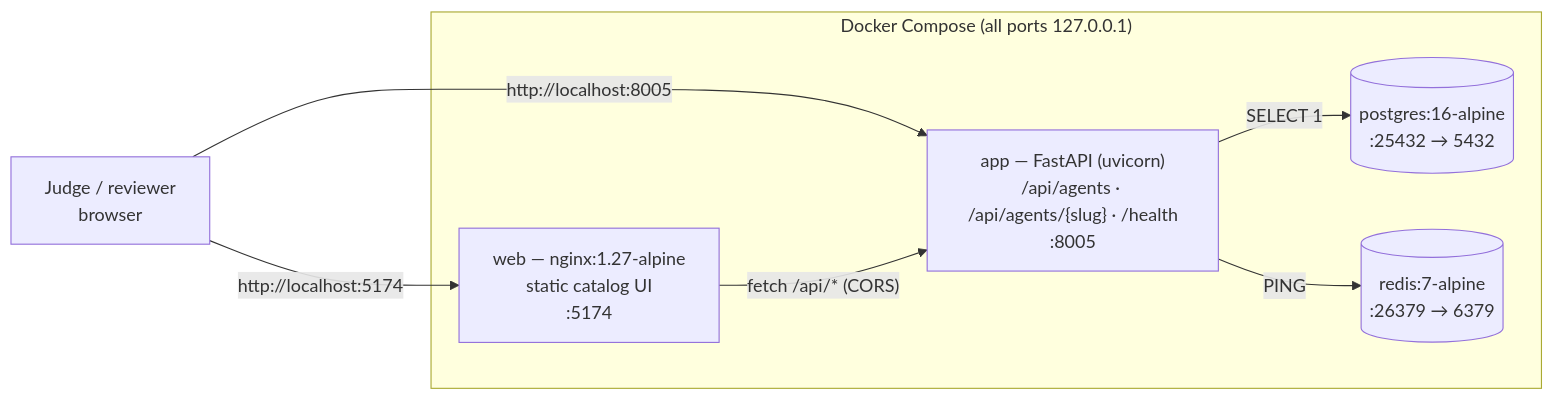
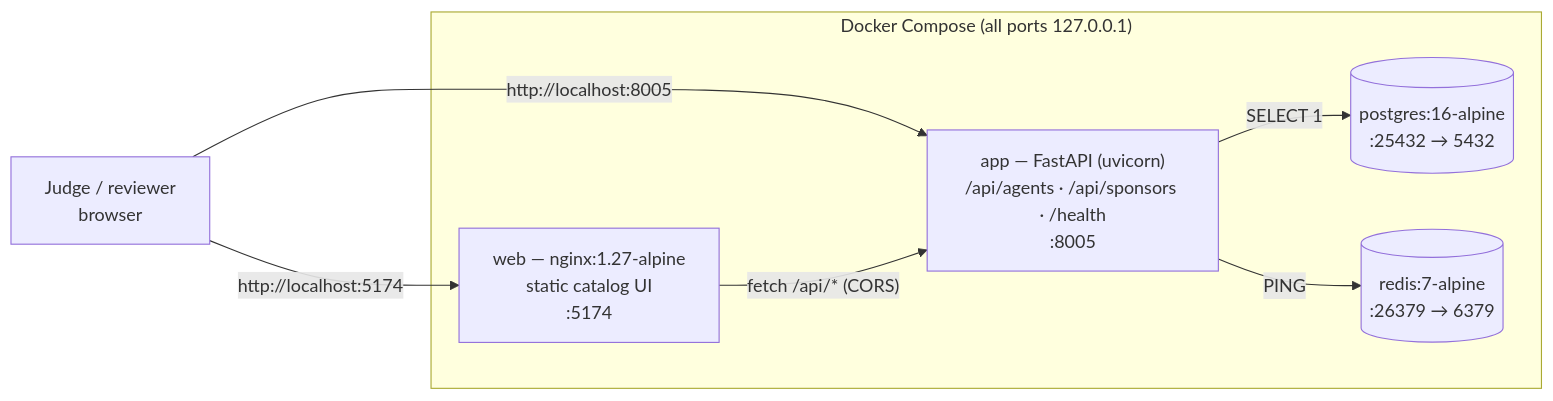
Before and after one commit to iamade/ppaa-devnetwork-public-api: the diagram in docs/ARCHITECTURE.md, drawn with Mermaid. The commit also changed other lines of this file and 5299 other files, not shown here.

First line of the commit message:
PP-80: multi-sponsor integration adapters (sponsors API + UI strip + badges)

````diff
--- a/docs/ARCHITECTURE.md
+++ b/docs/ARCHITECTURE.md
@@ -8,14 +8,14 @@
 ```mermaid
 flowchart LR
     subgraph Host["Docker Compose (all ports 127.0.0.1)"]
         web["web — nginx:1.27-alpine\nstatic catalog UI\n:5174"]
-        app["app — FastAPI (uvicorn)\n/api/agents · /api/agents/{slug} · /health\n:8005"]
+        app["app — FastAPI (uvicorn)\n/api/agents · /api/sponsors · /health\n:8005"]
         pg[("postgres:16-alpine\n:25432 → 5432")]
         rd[("redis:7-alpine\n:26379 → 6379")]
     end
     judge["Judge / reviewer\nbrowser"] -->|"http://localhost:5174"| web
     judge -->|"http://localhost:8005"| app
     web -->|"fetch /api/* (CORS)"| app
     app -->|"SELECT 1"| pg
     app -->|"PING"| rd
 ```
````
